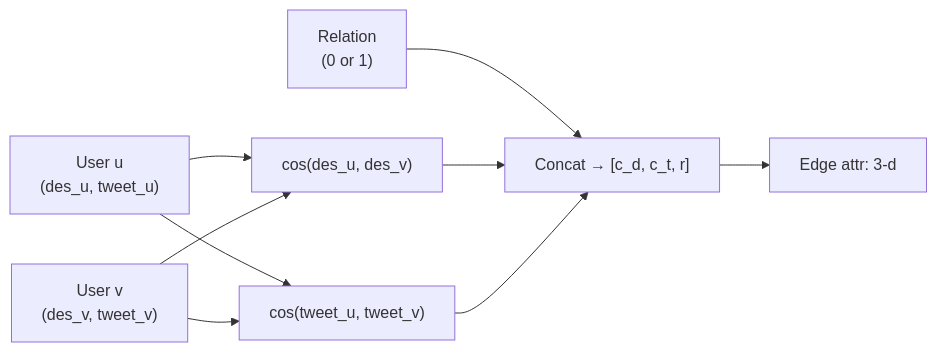
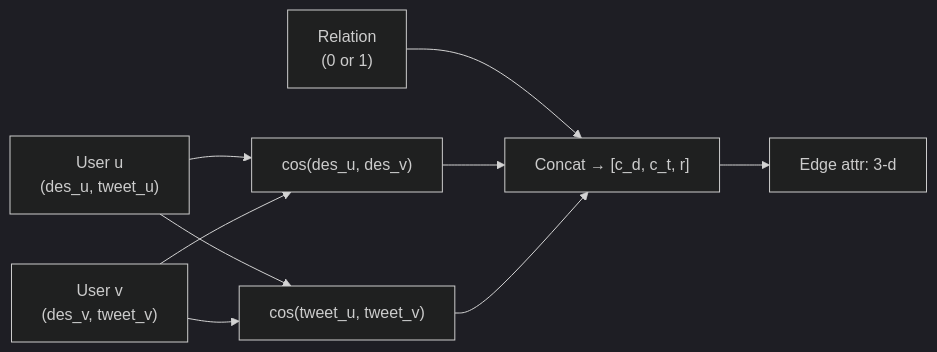
One commit to cxinu/twibot changed the second of 3 diagrams in WRITEUP.md. Above: the diagram before and after it, drawn with Mermaid. The commit also changed other lines of this file and 19 other files, not shown here.

````diff
--- a/WRITEUP.md
+++ b/WRITEUP.md
@@ -243,11 +250,12 @@
 ```mermaid
+%%{init: {'theme': 'dark'}}%%
 flowchart LR
     U["User u\n(des_u, tweet_u)"] --> COS_D["cos(des_u, des_v)"]
     V["User v\n(des_v, tweet_v)"] --> COS_D
     U --> COS_T["cos(tweet_u, tweet_v)"]
     V --> COS_T
     REL["Relation\n(0 or 1)"] --> CONCAT["Concat → [c_d, c_t, r]"]
     COS_D --> CONCAT
     COS_T --> CONCAT
     CONCAT --> E["Edge attr: 3-d"]
 ```
````
